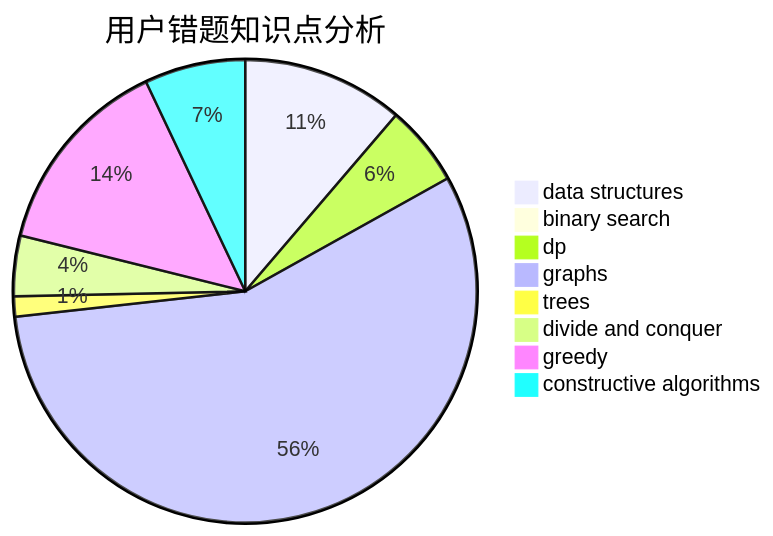
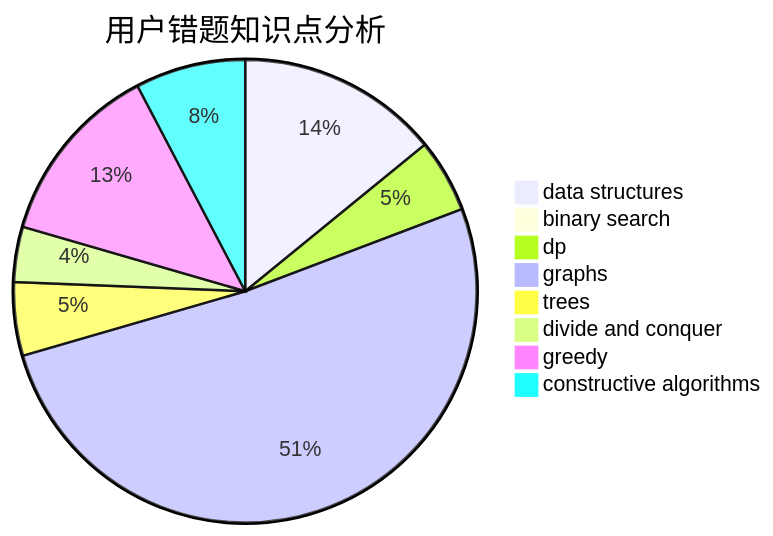
One commit to sherpahu/cfrs.github.io changed the third of 3 diagrams in docs/user/u323.md. Above: the diagram before and after it, drawn with Mermaid. The commit also changed other lines of this file and 2770 other files, not shown here.

````diff
--- a/docs/user/u323.md
+++ b/docs/user/u323.md
@@ -36,11 +36,11 @@
 ```mermaid
 pie title 用户错题知识点分析
-    "data structures" :  8
+    "data structures" :  11
     "binary search" :  0
     "dp" :  4
     "graphs" :  40
-    "trees" :  1
+    "trees" :  4
     "divide and conquer" :  3
     "greedy" :  10
-    "constructive algorithms" :  5
+    "constructive algorithms" :  6
 ```
````
